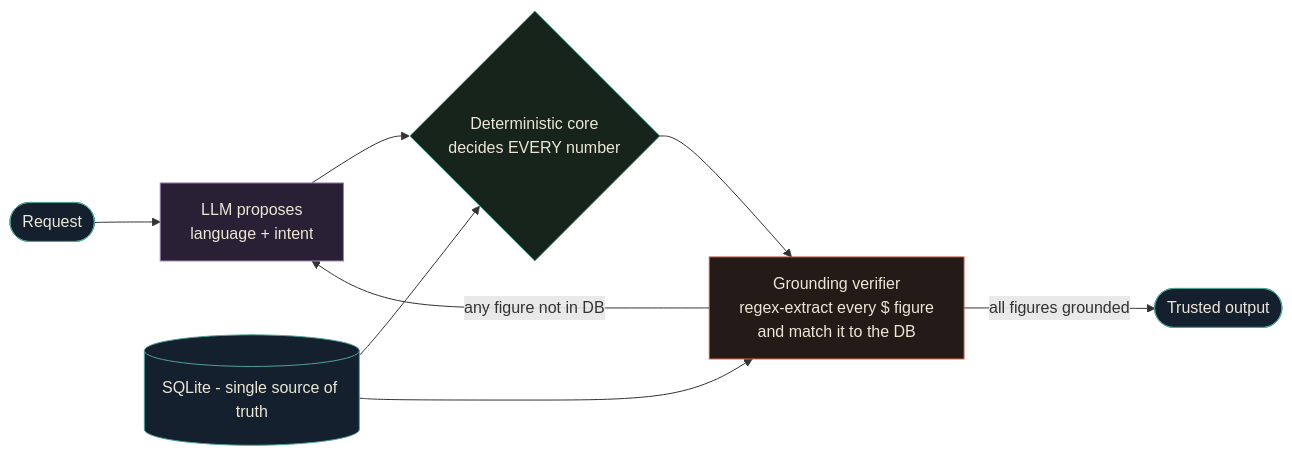
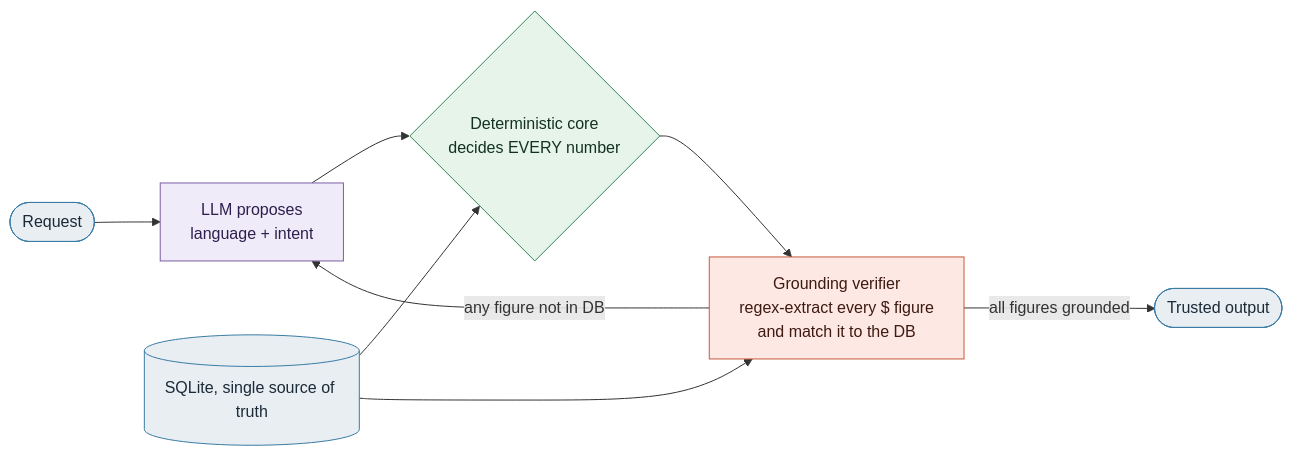
Before and after one commit to SuraSammour12/keystone-construction-ai-command-center: the third of 3 diagrams in README.md, drawn with Mermaid. The commit also changed other lines of this file, not shown here.

````diff
--- a/README.md
+++ b/README.md
@@ -206,19 +206,19 @@
 ```mermaid
 flowchart LR
     REQ([Request]) --> M["LLM proposes<br/>language + intent"]
     M --> C{"Deterministic core<br/>decides EVERY number"}
-    DB[(SQLite - single source of truth)] --> C
+    DB[(SQLite, single source of truth)] --> C
     C --> V["Grounding verifier<br/>regex-extract every $ figure<br/>and match it to the DB"]
     DB --> V
     V -->|any figure not in DB| M
     V -->|all figures grounded| OK([Trusted output])
 
-    classDef a fill:#2A2036,stroke:#9B7BB8,color:#ECE6D6
-    classDef b fill:#17241C,stroke:#4FA396,color:#ECE6D6
-    classDef c fill:#241A17,stroke:#C65A3C,color:#ECE6D6
-    classDef d fill:#14202E,stroke:#4FA396,color:#ECE6D6
+    classDef a fill:#F0EBF8,stroke:#7B5EA7,color:#2D1F4E
+    classDef b fill:#E6F4EA,stroke:#34855A,color:#14331F
+    classDef c fill:#FDE8E4,stroke:#C65A3C,color:#3E1A10
+    classDef d fill:#E8EEF2,stroke:#3A7CA5,color:#1B2A38
     class M a
     class C b
     class V c
     class REQ,OK,DB d
 ```
````
